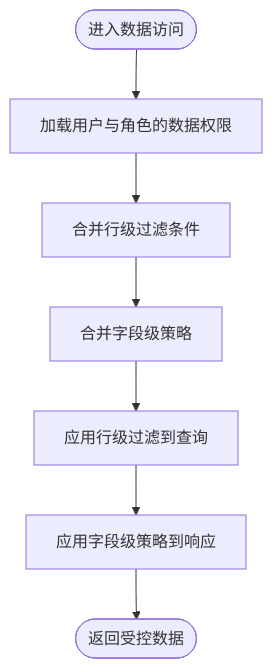
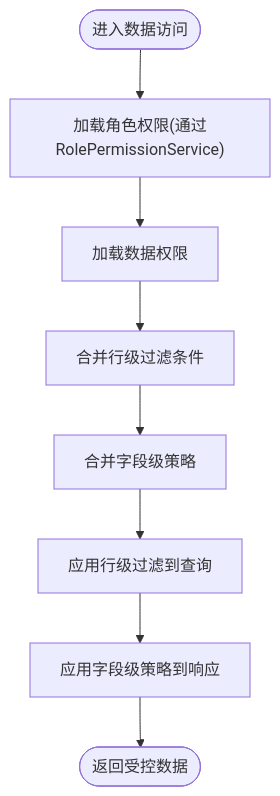
One commit to liming-lihaini/workflow changed the fifth of 10 diagrams in .qoder/repowiki/zh/content/权限控制系统/权限控制系统.md. Above: the diagram before and after it, drawn with Mermaid. The commit also changed other lines of this file and 57 other files, not shown here.

````diff
--- a/.qoder/repowiki/zh/content/权限控制系统/权限控制系统.md
+++ b/.qoder/repowiki/zh/content/权限控制系统/权限控制系统.md
@@ -359,9 +374,10 @@
 ```mermaid
 flowchart TD
-Start(["进入数据访问"]) --> LoadDP["加载用户与角色的数据权限"]
+Start(["进入数据访问"]) --> LoadRolePerms["加载角色权限(通过RolePermissionService)"]
+LoadRolePerms --> LoadDP["加载数据权限"]
 LoadDP --> MergeRow["合并行级过滤条件"]
 MergeRow --> MergeField["合并字段级策略"]
 MergeField --> ApplyFilter["应用行级过滤到查询"]
 ApplyFilter --> FieldControl["应用字段级策略到响应"]
 FieldControl --> End(["返回受控数据"])
 ```
````
